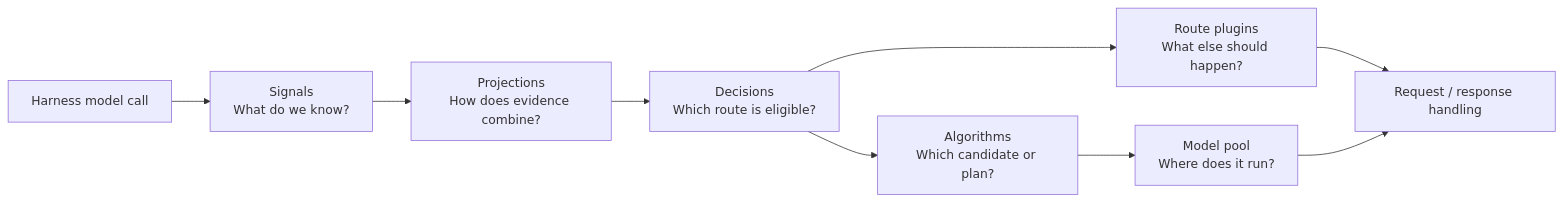
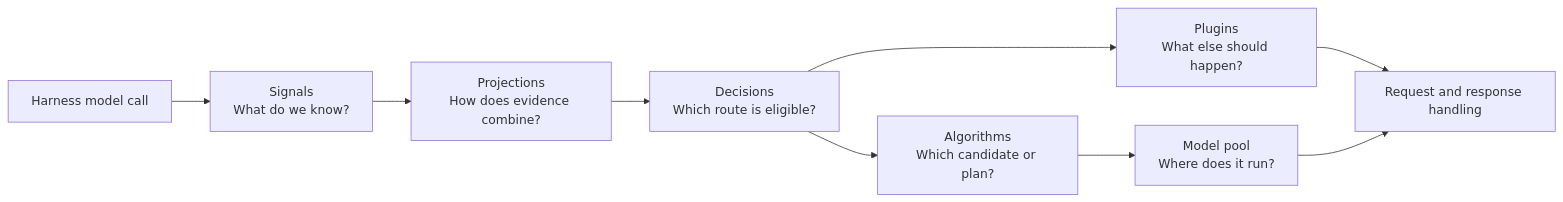
Before and after one commit to vllm-project/semantic-router: the diagram in website/docs/overview/signal-driven-decisions.md, drawn with Mermaid. The commit also changed other lines of this file and 11 other files, not shown here.

````diff
--- a/website/docs/overview/signal-driven-decisions.md
+++ b/website/docs/overview/signal-driven-decisions.md
@@ -13,11 +19,11 @@
 ```mermaid
 flowchart LR
     Request["Harness model call"] --> Signals["Signals<br/>What do we know?"]
     Signals --> Projections["Projections<br/>How does evidence combine?"]
     Projections --> Decisions["Decisions<br/>Which route is eligible?"]
     Decisions --> Algorithms["Algorithms<br/>Which candidate or plan?"]
     Algorithms --> Pool["Model pool<br/>Where does it run?"]
-    Decisions --> Plugins["Route plugins<br/>What else should happen?"]
-    Plugins --> Response["Request / response handling"]
+    Decisions --> Plugins["Plugins<br/>What else should happen?"]
+    Plugins --> Response["Request and response handling"]
     Pool --> Response
 ```
````
